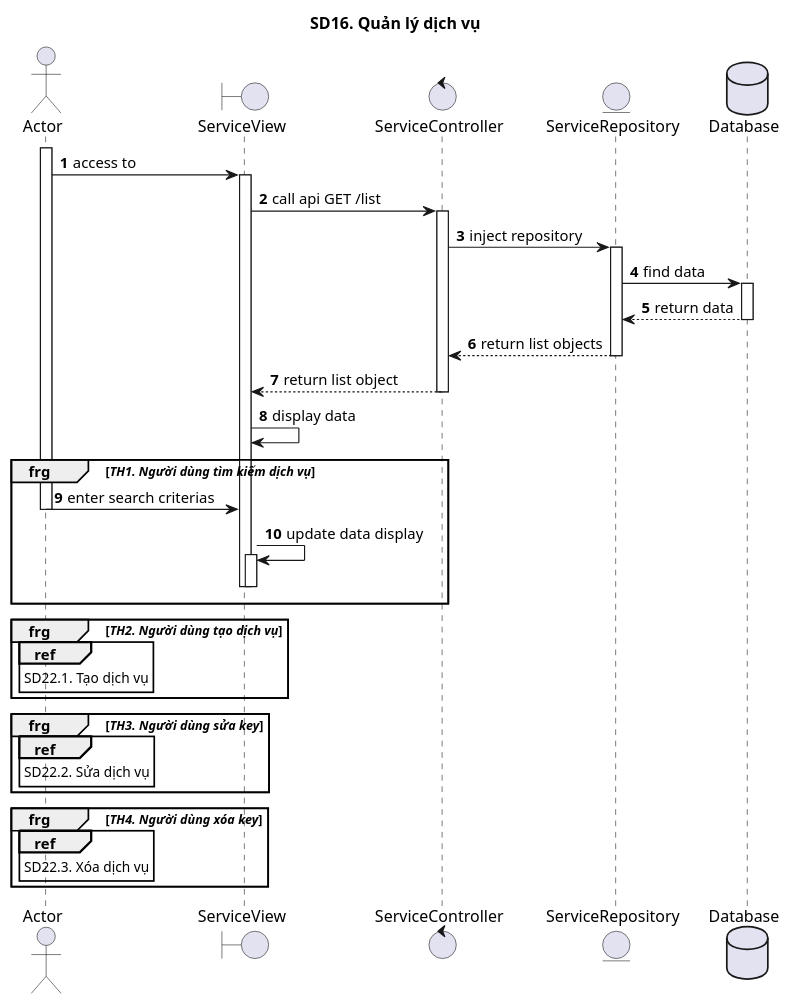
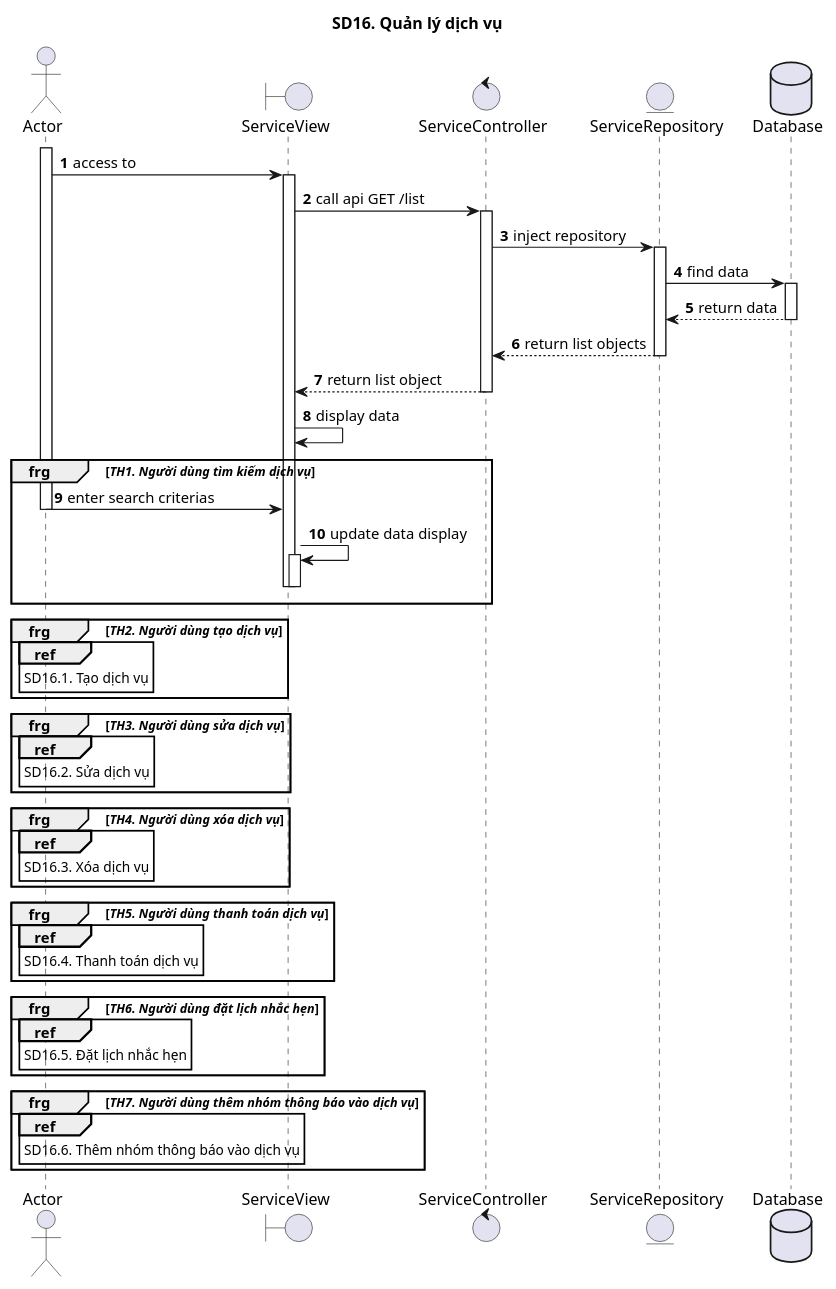
One commit to ITZ-Developers/Finance-UML changed the diagram in 16_QuanLyDichVu/sd16.puml. Above: the diagram before and after it, drawn with PlantUML. The commit also changed 3 other files, not shown here.

```diff
--- a/16_QuanLyDichVu/sd16.puml
+++ b/16_QuanLyDichVu/sd16.puml
@@ -1,48 +1,63 @@
 @startuml SQ
 autonumber
 title SD16. Quản lý dịch vụ
 actor "Actor" as actor
 boundary "ServiceView" as view
 control "ServiceController" as controller
 entity "ServiceRepository" as model
 database "Database" as database
 activate actor
 actor -> view : access to
 activate view
 view -> controller : call api GET /list
 activate controller
 controller -> model : inject repository
 activate model
 model -> database : find data
 activate database
 database --> model : return data
 deactivate database
 model --> controller: return list objects
 deactivate model
 controller --> view : return list object
 deactivate controller
 view -> view: display data
 group frg [//TH1. Người dùng tìm kiếm dịch vụ//]
 actor -> view : enter search criterias
 deactivate actor
 view -> view: update data display
 activate view
 deactivate view
 deactivate view
 end
 group frg [//TH2. Người dùng tạo dịch vụ//]
 ref over actor
-SD22.1. Tạo dịch vụ
+SD16.1. Tạo dịch vụ
 end ref
 end
-group frg [//TH3. Người dùng sửa key//]
+group frg [//TH3. Người dùng sửa dịch vụ//]
 ref over actor
-SD22.2. Sửa dịch vụ
+SD16.2. Sửa dịch vụ
 end ref
 end
-group frg [//TH4. Người dùng xóa key//]
+group frg [//TH4. Người dùng xóa dịch vụ//]
 ref over actor
-SD22.3. Xóa dịch vụ
+SD16.3. Xóa dịch vụ
+end ref
+end
+group frg [//TH5. Người dùng thanh toán dịch vụ//]
+ref over actor
+SD16.4. Thanh toán dịch vụ
+end ref
+end
+group frg [//TH6. Người dùng đặt lịch nhắc hẹn//]
+ref over actor
+SD16.5. Đặt lịch nhắc hẹn
+end ref
+end
+group frg [//TH7. Người dùng thêm nhóm thông báo vào dịch vụ//]
+ref over actor
+SD16.6. Thêm nhóm thông báo vào dịch vụ
 end ref
 end
 @enduml
```
